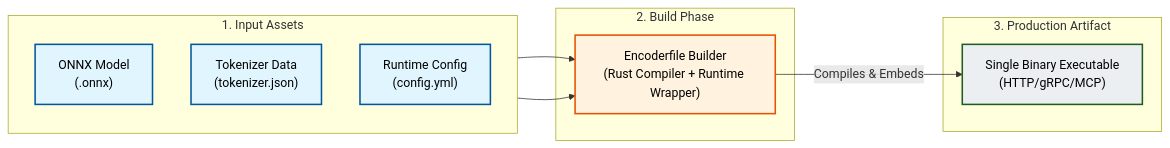
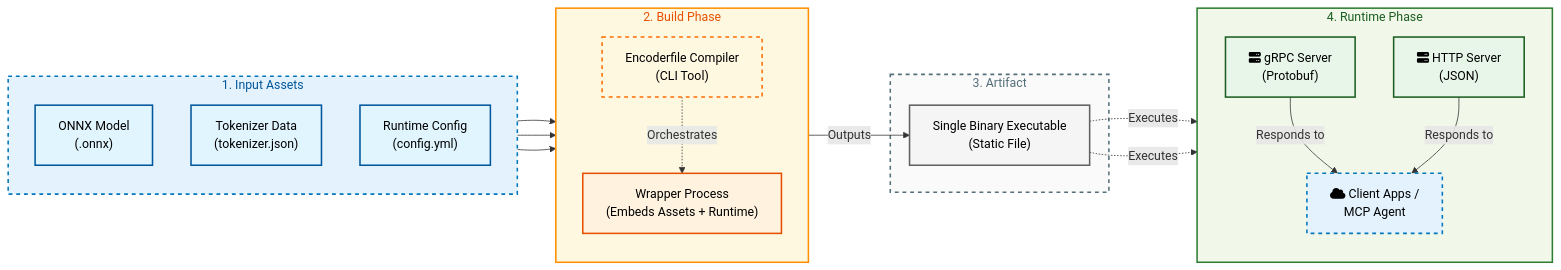
One commit to mozilla-ai/encoderfile changed the diagram in README.md. Above: the diagram before and after it, drawn with Mermaid.

Commit message:
Revise flowchart styles and components in README
Updated styling and structure of the flowchart in the README.

````diff
--- a/README.md
+++ b/README.md
@@ -53,27 +53,53 @@
 ```mermaid
 flowchart LR
     %% Styling
     classDef asset fill:#e1f5fe,stroke:#01579b,stroke-width:2px,color:#000;
+    classDef tool fill:#fff8e1,stroke:#ff6f00,stroke-width:2px,stroke-dasharray: 5 5,color:#000;
     classDef process fill:#fff3e0,stroke:#e65100,stroke-width:2px,color:#000;
-    classDef artifact fill:#eceff1,stroke:#1b5e20,stroke-width:2px,color:#000;
+    classDef artifact fill:#f5f5f5,stroke:#616161,stroke-width:2px,color:#000;
+    classDef service fill:#e8f5e9,stroke:#1b5e20,stroke-width:2px,color:#000;
+    classDef client fill:#e3f2fd,stroke:#0277bd,stroke-width:2px,stroke-dasharray: 5 5,color:#000;
 
     subgraph Inputs ["1. Input Assets"]
         direction TB
         Onnx["ONNX Model<br/>(.onnx)"]:::asset
         Tok["Tokenizer Data<br/>(tokenizer.json)"]:::asset
         Config["Runtime Config<br/>(config.yml)"]:::asset
     end
 
+    style Inputs fill:#e3f2fd,stroke:#0277bd,stroke-width:2px,stroke-dasharray: 5 5,color:#01579b
+
     subgraph Build ["2. Build Phase"]
-        Builder["Encoderfile Builder<br/>(Rust Compiler + Runtime Wrapper)"]:::process
+        direction TB
+        Compiler["Encoderfile Compiler<br/>(CLI Tool)"]:::tool
+        Builder["Wrapper Process<br/>(Embeds Assets + Runtime)"]:::process
     end
 
-    subgraph Output ["3. Production Artifact"]
-        Binary["Single Binary Executable<br/>(HTTP/gRPC/MCP)"]:::artifact
+    style Build fill:#fff8e1,stroke:#ff8f00,stroke-width:2px,color:#e65100
+
+    subgraph Output ["3. Artifact"]
+        Binary["Single Binary Executable<br/>(Static File)"]:::artifact
     end
+    style Output fill:#fafafa,stroke:#546e7a,stroke-width:2px,stroke-dasharray: 5 5,color:#546e7a
+
+    subgraph Runtime ["4. Runtime Phase"]
+        direction TB
+        %% Added fa:fa-server icons
+        Grpc["fa:fa-server gRPC Server<br/>(Protobuf)"]:::service
+        Http["fa:fa-server HTTP Server<br/>(JSON)"]:::service
+        %% Added fa:fa-cloud icon
+        Client["fa:fa-cloud Client Apps /<br/>MCP Agent"]:::client
+    end
+    style Runtime fill:#f1f8e9,stroke:#2e7d32,stroke-width:2px,color:#1b5e20
+
 
     %% Connections
-    Onnx --> Builder
-    Tok --> Builder
-    Builder -->|"Compiles & Embeds"| Binary
+    Onnx & Tok & Config --> Builder
+    Compiler -.->|"Orchestrates"| Builder
+    Builder -->|"Outputs"| Binary
+    
+    %% Runtime Connections
+    Binary -.->|"Executes"| Grpc
+    Binary -.->|"Executes"| Http
+    Grpc & Http -->|"Responds to"| Client
 ```
````
